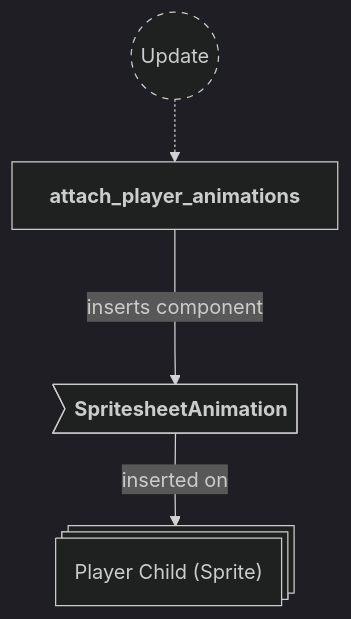
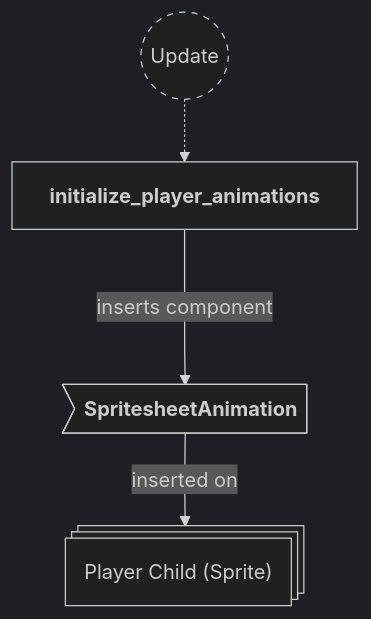
One commit to neurosoup/tyled changed diagram 14 of 24 in backlog/docs/doc-5 - 004-Animations-plugin.md. Above: the diagram before and after it, drawn with Mermaid. The commit also changed other lines of this file and 4 other files, not shown here.

````diff
--- a/backlog/docs/doc-5 - 004-Animations-plugin.md
+++ b/backlog/docs/doc-5 - 004-Animations-plugin.md
@@ -544,22 +544,22 @@
 ```mermaid
 ---
 config:
   theme: dark
 ---
 
 flowchart TD
 classDef system-group stroke-dasharray: 5 5
 
 update(("`Update`")):::system-group
-attach_player_animations["`**attach_player_animations**`"]
+initialize_player_animations["`**initialize_player_animations**`"]
 
-update -.-> attach_player_animations
+update -.-> initialize_player_animations
 
 child_entity@{ shape: st-rect, label: "Player Child (Sprite)" }
 
 ce_anim>"`**SpritesheetAnimation**`"]
 
 ce_anim --> |inserted on| child_entity
 
-attach_player_animations ---> |inserts component| ce_anim
+initialize_player_animations ---> |inserts component| ce_anim
 ```
````
